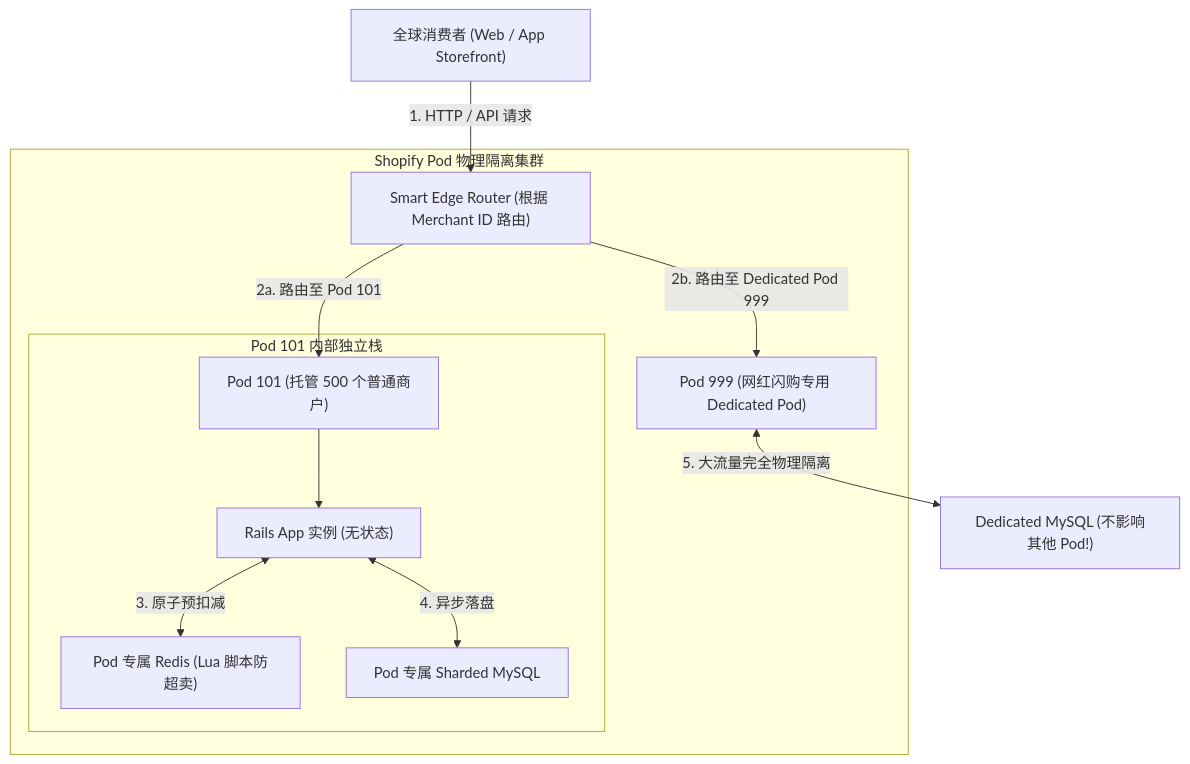
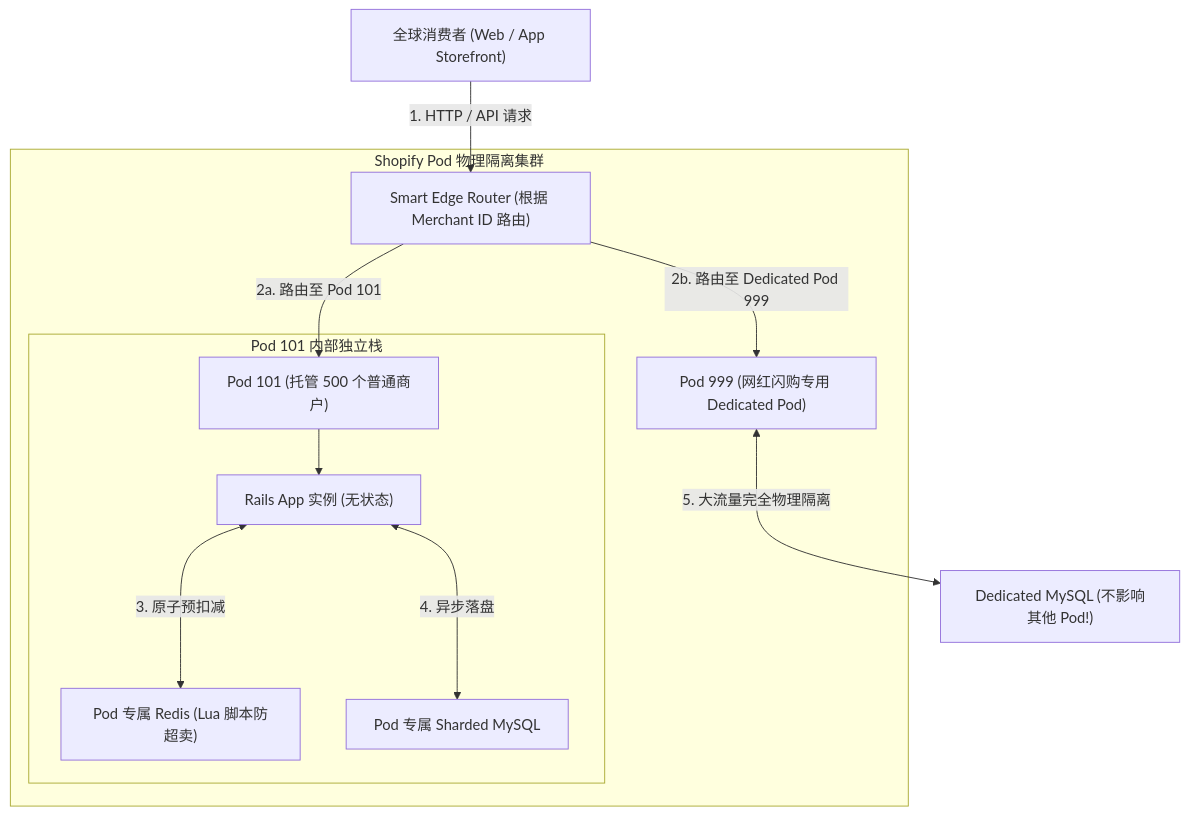
Before and after one commit to koosai/AI-Architect-Learning: the first of 7 diagrams in docs/atlas/shopify.mdx, drawn with Mermaid. The commit also changed other lines of this file and 68 other files, not shown here.

Commit message:
fix(atlas): fix browser client-side Mermaid rendering for mindmaps and flowcharts across 67 case studies

````diff
--- a/docs/atlas/shopify.mdx
+++ b/docs/atlas/shopify.mdx
@@ -49,17 +49,17 @@
 ```mermaid
 graph TD
   UserClient["全球消费者 (Web / App Storefront)"] -->|1. HTTP / API 请求| EdgeRouter["Smart Edge Router (根据 Merchant ID 路由)"]
   
   subgraph PodCluster["Shopify Pod 物理隔离集群"]
     EdgeRouter -->|2a. 路由至 Pod 101| Pod101["Pod 101 (托管 500 个普通商户)"]
     EdgeRouter -->|2b. 路由至 Dedicated Pod 999| DedicatedPod["Pod 999 (网红闪购专用 Dedicated Pod)"]
     
     subgraph InsidePod["Pod 101 内部独立栈"]
       Pod101 --> RailsApp["Rails App 实例 (无状态)"]
-      RailsApp <-->|3. 原子预扣减| RedisPod["Pod 专属 Redis (Lua 脚本防超卖)"]
-      RailsApp <-->|4. 异步落盘| MySQLPod["Pod 专属 Sharded MySQL"]
+      RailsApp <--->|3. 原子预扣减| RedisPod["Pod 专属 Redis (Lua 脚本防超卖)"]
+      RailsApp <--->|4. 异步落盘| MySQLPod["Pod 专属 Sharded MySQL"]
     end
   end
 
-  DedicatedPod <-->|5. 大流量完全物理隔离| DedicatedMySQL["Dedicated MySQL (不影响其他 Pod!)"]
+  DedicatedPod <--->|5. 大流量完全物理隔离| DedicatedMySQL["Dedicated MySQL (不影响其他 Pod!)"]
 ```
````
